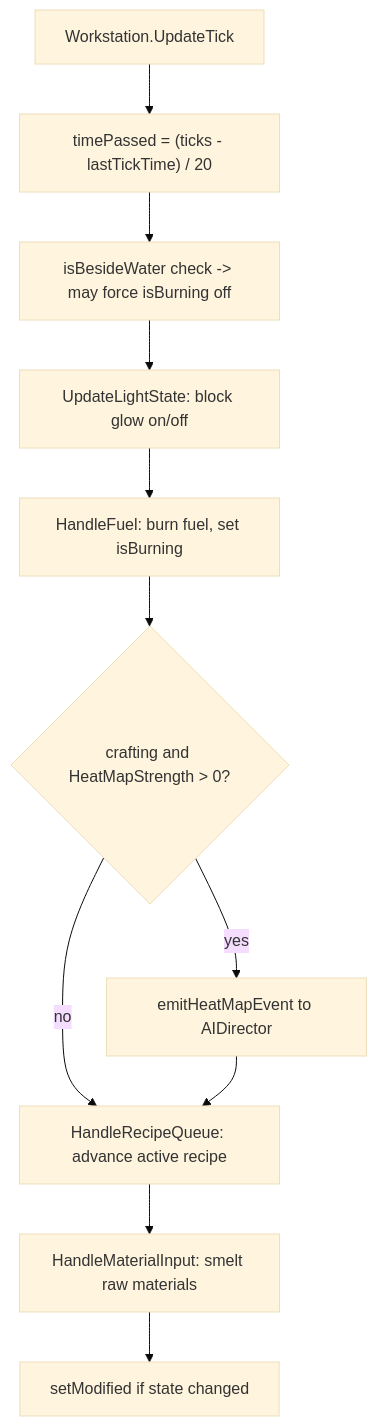
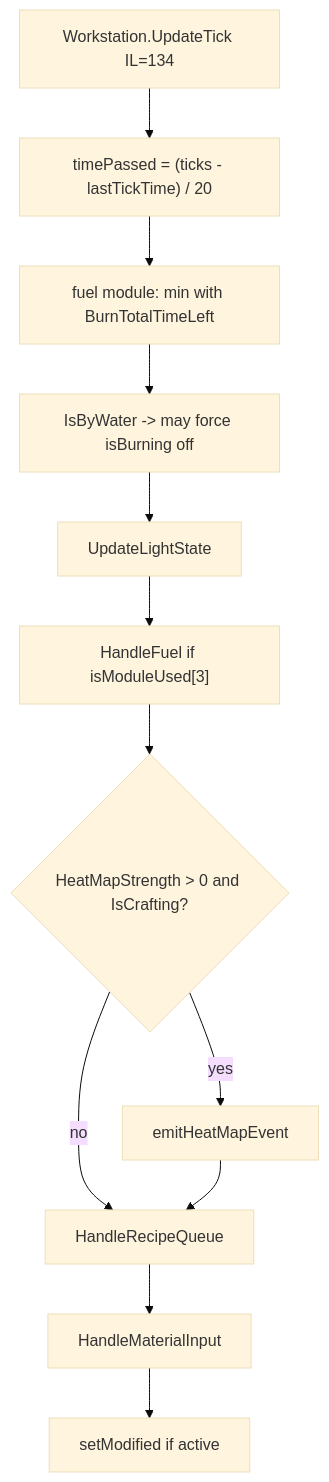
The seventh of 10 diagrams in docs/tile-entities-power.md (hordeforge/7dtd-engine-research), drawn with Mermaid (base theme) before and after one commit. The commit also changed other lines of this file and 3 other files, not shown here.

First line of the commit message:
Tier-C: workstation/forge tick IL and sleeper spawn/despawn

````diff
--- a/docs/tile-entities-power.md
+++ b/docs/tile-entities-power.md
@@ -422,13 +441,14 @@
 ```mermaid
 flowchart TB
-  UT[Workstation.UpdateTick] --> DT["timePassed = (ticks - lastTickTime) / 20"]
-  DT --> WATER["isBesideWater check -> may force isBurning off"]
-  WATER --> LIGHT[UpdateLightState: block glow on/off]
-  LIGHT --> FUEL["HandleFuel: burn fuel, set isBurning"]
-  FUEL --> HEAT{crafting and HeatMapStrength > 0?}
-  HEAT -->|yes| EMIT[emitHeatMapEvent to AIDirector]
+  UT[Workstation.UpdateTick IL=134] --> DT["timePassed = (ticks - lastTickTime) / 20"]
+  DT --> CLAMP["fuel module: min with BurnTotalTimeLeft"]
+  CLAMP --> WATER["IsByWater -> may force isBurning off"]
+  WATER --> LIGHT[UpdateLightState]
+  LIGHT --> FUEL["HandleFuel if isModuleUsed[3]"]
+  FUEL --> HEAT{HeatMapStrength > 0 and IsCrafting?}
+  HEAT -->|yes| EMIT[emitHeatMapEvent]
   HEAT -->|no| QUEUE
-  EMIT --> QUEUE[HandleRecipeQueue: advance active recipe]
-  QUEUE --> MAT[HandleMaterialInput: smelt raw materials]
-  MAT --> MOD[setModified if state changed]
+  EMIT --> QUEUE[HandleRecipeQueue]
+  QUEUE --> MAT[HandleMaterialInput]
+  MAT --> MOD[setModified if active]
 ```
````
